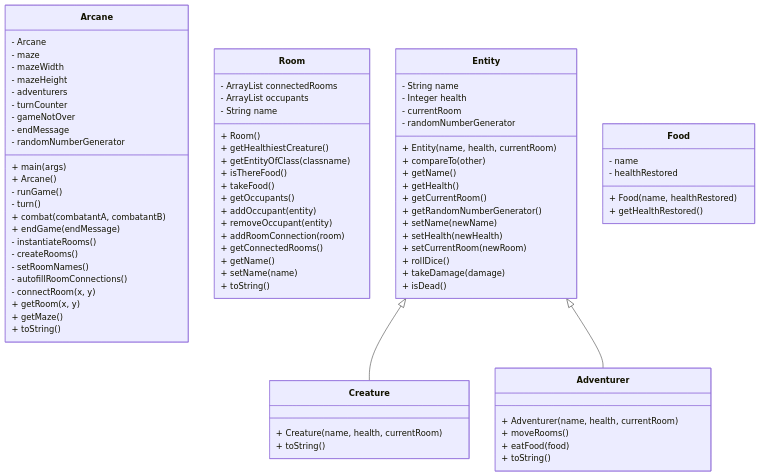
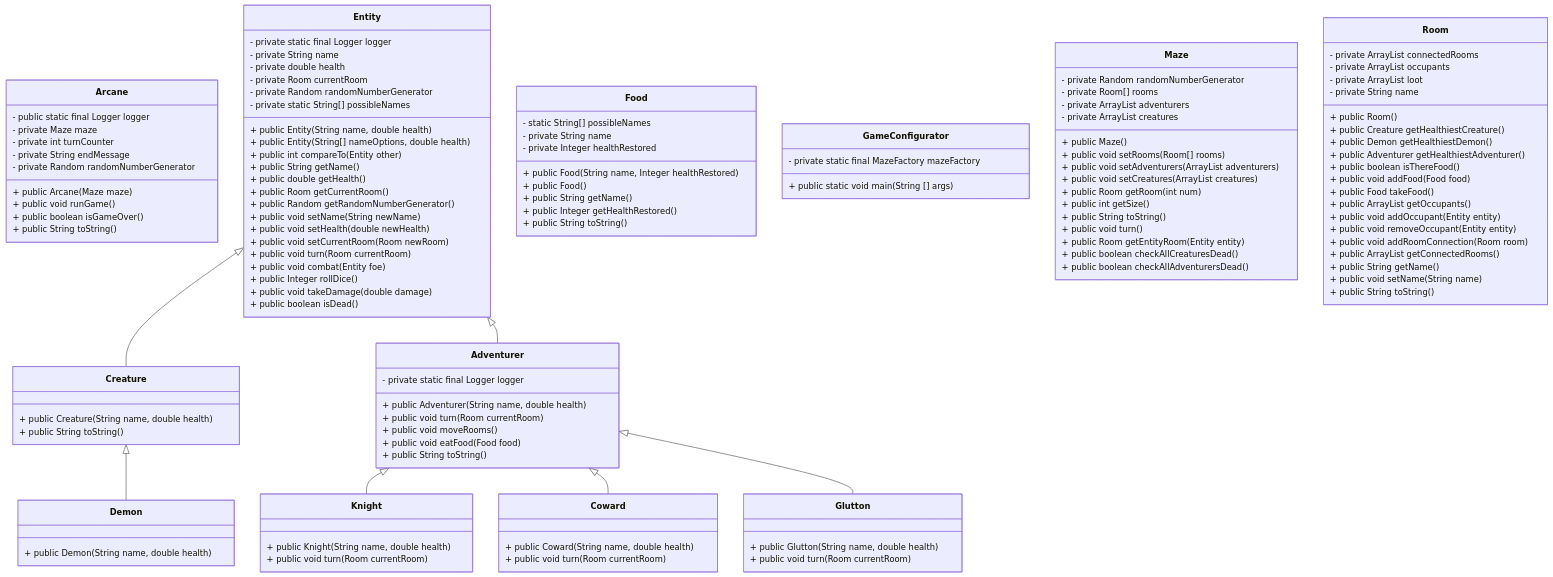
Before and after one commit to jonathancsci/csci4448-arcane-game: the diagram in README.md, drawn with Mermaid. The commit also changed other lines of this file and 1 other file, not shown here.

Commit message:
Update readme uml

````diff
--- a/README.md
+++ b/README.md
@@ -18,82 +17,122 @@
 ```mermaid
 classDiagram
+    class Adventurer {
+        - private static final Logger logger
+        + public Adventurer(String name, double health)
+        + public void turn(Room currentRoom)
+        + public void moveRooms()
+        + public void eatFood(Food food)
+        + public String toString()
+    }
     class Arcane {
-        - Arcane
-        - maze
-        - mazeWidth
-        - mazeHeight
-        - adventurers
-        - turnCounter
-        - gameNotOver
-        - endMessage
-        - randomNumberGenerator
-        + main(args)
-        + Arcane()
-        - runGame()
-        - turn()
-        + combat(combatantA, combatantB)
-        + endGame(endMessage)
-        - instantiateRooms()
-        - createRooms()
-        - setRoomNames()
-        - autofillRoomConnections()
-        - connectRoom(x, y)
-        + getRoom(x, y)
-        + getMaze()
-        + toString()
+        - public static final Logger logger
+        - private Maze maze
+        - private int turnCounter
+        - private String endMessage
+        - private Random randomNumberGenerator
+        + public Arcane(Maze maze)
+        + public void runGame()
+        + public boolean isGameOver()
+        + public String toString()
+    }
+    class Coward {
+        + public Coward(String name, double health)
+        + public void turn(Room currentRoom)
+    }
+    class Creature {
+        + public Creature(String name, double health)
+        + public String toString()
+    }
+    class Demon {
+        +  public Demon(String name, double health)
+    }
+    class Entity {
+        - private static final Logger logger
+        - private String name
+        - private double health
+        - private Room currentRoom
+        - private Random randomNumberGenerator
+        - private static String[] possibleNames
+        + public Entity(String name, double health)
+        + public Entity(String[] nameOptions, double health)
+        + public int compareTo(Entity other)
+        + public String getName()
+        + public double getHealth()
+        + public Room getCurrentRoom()
+        + public Random getRandomNumberGenerator()
+        + public void setName(String newName)
+        + public void setHealth(double newHealth)
+        + public void setCurrentRoom(Room newRoom)
+        + public void turn(Room currentRoom)
+        + public void combat(Entity foe)
+        + public Integer rollDice()
+        + public void takeDamage(double damage)
+        + public boolean isDead()
+    }
+    class Food {
+        - static String[] possibleNames
+        - private String name
+        - private Integer healthRestored
+        + public Food(String name, Integer healthRestored)
+        + public Food()
+        + public String getName()
+        + public Integer getHealthRestored()
+        + public String toString()
+    }
+    class GameConfigurator {
+        - private static final MazeFactory mazeFactory
+        + public static void main(String [] args)
+    }
+    class Glutton {
+        + public Glutton(String name, double health)
+        + public void turn(Room currentRoom)
+    }
+    class Knight {
+        + public Knight(String name, double health)
+        + public void turn(Room currentRoom)
+    }
+    class Maze {
+        - private Random randomNumberGenerator
+        - private Room[] rooms
+        - private ArrayList<Adventurer> adventurers
+        - private ArrayList<Creature> creatures
+        + public Maze()
+        + public void setRooms(Room[] rooms)
+        + public void setAdventurers(ArrayList<Adventurer> adventurers)
+        + public void setCreatures(ArrayList<Creature> creatures)
+        + public Room getRoom(int num)
+        + public int getSize()
+        + public String toString()
+        + public void turn()
+        + public Room getEntityRoom(Entity entity)
+        + public boolean checkAllCreaturesDead()
+        + public boolean checkAllAdventurersDead()
     }
     class Room {
-        - ArrayList<Room> connectedRooms
-        - ArrayList<Entity> occupants
-        - String name
-        + Room()
-        + getHealthiestCreature()
-        + getEntityOfClass(classname)
-        + isThereFood()
-        + takeFood()
-        + getOccupants()
-        + addOccupant(entity)
-        + removeOccupant(entity)
-        + addRoomConnection(room)
-        + getConnectedRooms()
-        + getName()
-        + setName(name)
-        + toString()
-    }
-    class Entity {
-        - String name
-        - Integer health
-        - currentRoom
-        - randomNumberGenerator
-        + Entity(name, health, currentRoom)
-        + compareTo(other)
-        + getName()
-        + getHealth()
-        + getCurrentRoom()
-        + getRandomNumberGenerator()
-        + setName(newName)
-        + setHealth(newHealth)
-        + setCurrentRoom(newRoom)
-        + rollDice()
-        + takeDamage(damage)
-        + isDead()
-    }
-    class Adventurer {
-        + Adventurer(name, health, currentRoom)
-        + moveRooms()
-        + eatFood(food)
-        + toString()
-    }
-    class Creature {
-        + Creature(name, health, currentRoom)
-        + toString()
-    }
-    class Food {
-        - name
-        - healthRestored
-        + Food(name, healthRestored)
-        + getHealthRestored()
+        - private ArrayList<Room> connectedRooms
+        - private ArrayList<Entity> occupants
+        - private ArrayList<Food> loot
+        - private String name
+        + public Room()
+        + public Creature getHealthiestCreature()
+        + public Demon getHealthiestDemon()
+        + public Adventurer getHealthiestAdventurer()
+        + public boolean isThereFood()
+        + public void addFood(Food food)
+        + public Food takeFood()
+        + public ArrayList<Entity> getOccupants()
+        + public void addOccupant(Entity entity)
+        + public void removeOccupant(Entity entity)
+        + public void addRoomConnection(Room room)
+        + public ArrayList<Room> getConnectedRooms()
+        + public String getName()
+        + public void setName(String name)
+        + public String toString()
     }
     Entity <|-- Creature
     Entity <|-- Adventurer
+    Adventurer <|-- Knight
+    Adventurer <|-- Coward
+    Adventurer <|-- Glutton
+    Creature <|-- Demon
 ```
````
